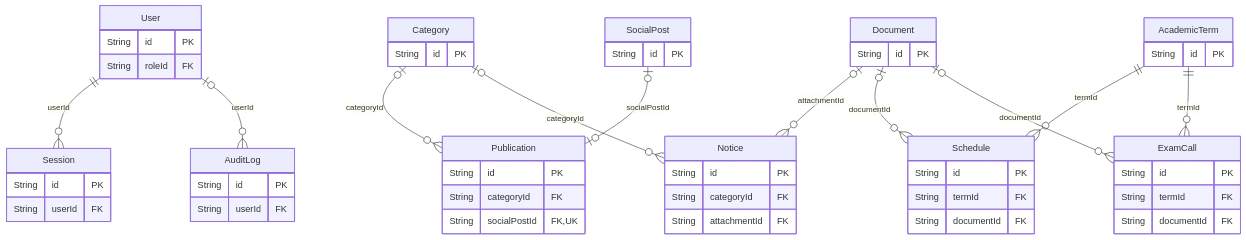
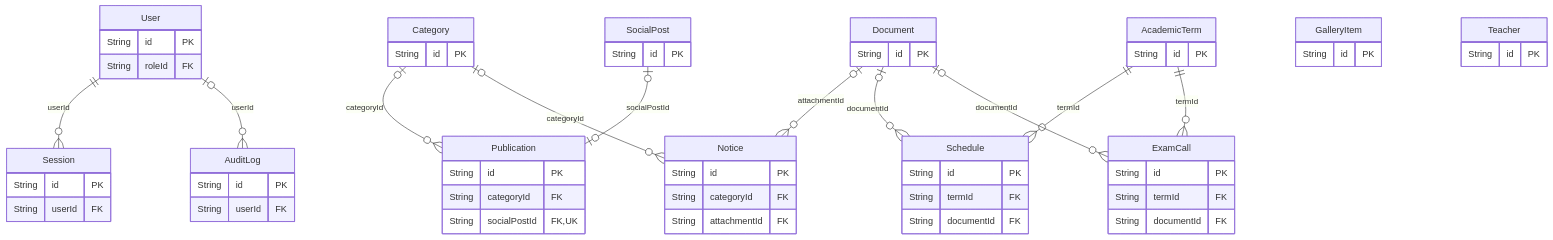
Before and after one commit to IFTS29-TalentoTech/ifts2-plataforma: the diagram in docs/entrega/diagramas/der-completo.mmd, drawn with Mermaid. The commit also changed 175 other files, not shown here.

```diff
--- a/docs/entrega/diagramas/der-completo.mmd
+++ b/docs/entrega/diagramas/der-completo.mmd
@@ -1,57 +1,63 @@
 %% Generado por scripts/docs/prisma-to-docs.mjs desde prisma/schema.prisma. No editar a mano.
 %% Vista general (solo claves y relaciones; sin las tablas aisladas)
 erDiagram
   User {
     String id PK
     String roleId FK
   }
   Session {
     String id PK
     String userId FK
   }
   AuditLog {
     String id PK
     String userId FK
   }
   Category {
     String id PK
   }
   SocialPost {
     String id PK
   }
   Publication {
     String id PK
     String categoryId FK
     String socialPostId FK,UK
   }
   Notice {
     String id PK
     String categoryId FK
     String attachmentId FK
   }
   Document {
     String id PK
   }
   AcademicTerm {
     String id PK
   }
   Schedule {
     String id PK
     String termId FK
     String documentId FK
   }
   ExamCall {
     String id PK
     String termId FK
     String documentId FK
   }
+  GalleryItem {
+    String id PK
+  }
+  Teacher {
+    String id PK
+  }
   User ||--o{ Session : "userId"
   Category |o--o{ Publication : "categoryId"
   SocialPost |o--o| Publication : "socialPostId"
   Category |o--o{ Notice : "categoryId"
   Document |o--o{ Notice : "attachmentId"
   AcademicTerm ||--o{ Schedule : "termId"
   Document |o--o{ Schedule : "documentId"
   AcademicTerm ||--o{ ExamCall : "termId"
   Document |o--o{ ExamCall : "documentId"
   User |o--o{ AuditLog : "userId"
```
